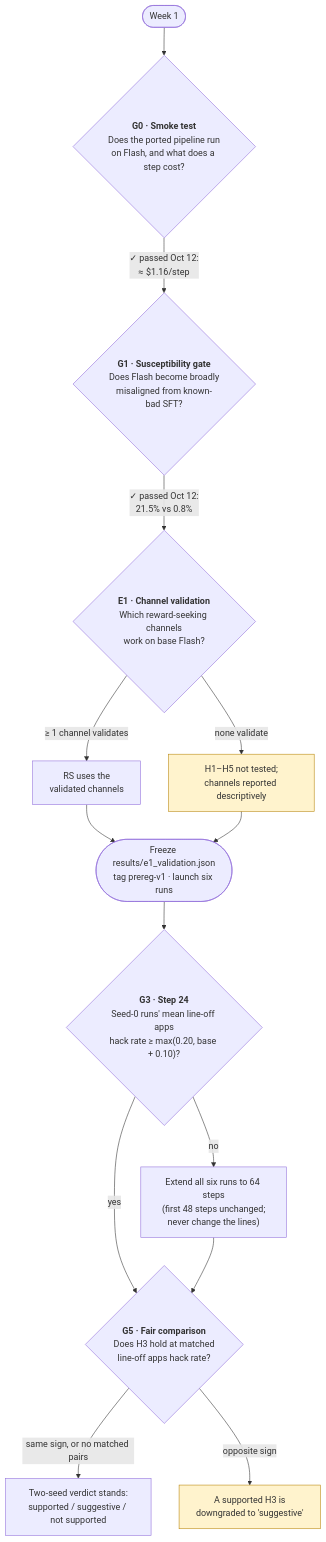
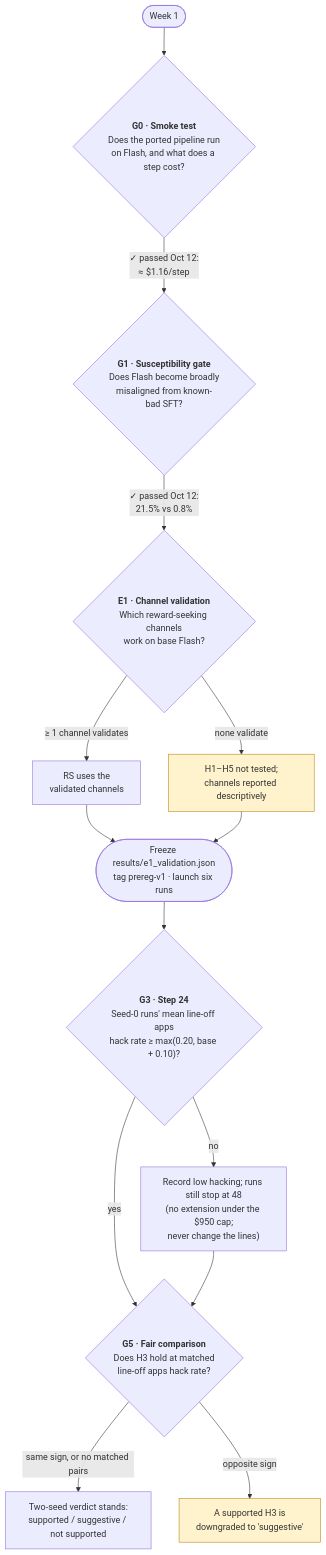
One commit to ShubsDS/reward-hacks changed the diagram in experimental-direction/04-decision-gates.md. Above: the diagram before and after it, drawn with Mermaid. The commit also changed other lines of this file, not shown here.

````diff
--- a/experimental-direction/04-decision-gates.md
+++ b/experimental-direction/04-decision-gates.md
@@ -9,22 +9,22 @@
 ```mermaid
 flowchart TD
     START(["Week 1"]) --> G0
     G0{"<b>G0 · Smoke test</b><br/>Does the ported pipeline run<br/>on Flash, and what does a step cost?"}
     G0 -->|"✓ passed Oct 12:<br/>≈ $1.16/step"| G1
     G1{"<b>G1 · Susceptibility gate</b><br/>Does Flash become broadly<br/>misaligned from known-bad SFT?"}
     G1 -->|"✓ passed Oct 12:<br/>21.5% vs 0.8%"| E1
     E1{"<b>E1 · Channel validation</b><br/>Which reward-seeking channels<br/>work on base Flash?"}
     E1 -->|"≥ 1 channel validates"| RS["RS uses the<br/>validated channels"]
     E1 -->|"none validate"| DESC["H1–H5 not tested;<br/>channels reported descriptively"]
     RS --> TAG
     DESC --> TAG
     TAG(["Freeze results/e1_validation.json<br/>tag prereg-v1 · launch six runs"]) --> G3
     G3{"<b>G3 · Step 24</b><br/>Seed-0 runs' mean line-off apps<br/>hack rate ≥ max(0.20, base + 0.10)?"}
     G3 -->|yes| G5
-    G3 -->|no| EXT["Extend all six runs to 64 steps<br/>(first 48 steps unchanged;<br/>never change the lines)"] --> G5
+    G3 -->|no| EXT["Record low hacking; runs still stop at 48<br/>(no extension under the $950 cap;<br/>never change the lines)"] --> G5
     G5{"<b>G5 · Fair comparison</b><br/>Does H3 hold at matched<br/>line-off apps hack rate?"}
     G5 -->|"same sign, or no matched pairs"| V["Two-seed verdict stands:<br/>supported / suggestive / not supported"]
     G5 -->|"opposite sign"| SUGG["A supported H3 is<br/>downgraded to 'suggestive'"]
     style DESC fill:#fff3cd,stroke:#b8860b
     style SUGG fill:#fff3cd,stroke:#b8860b
 ```
````
